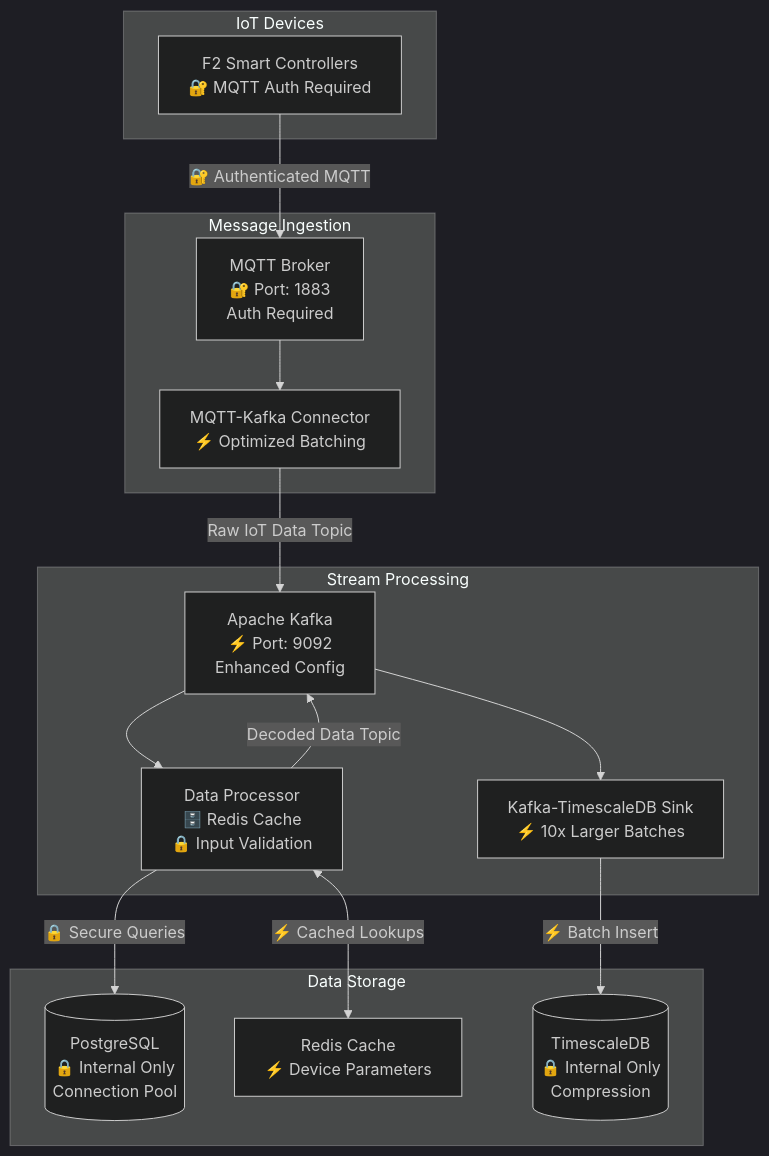
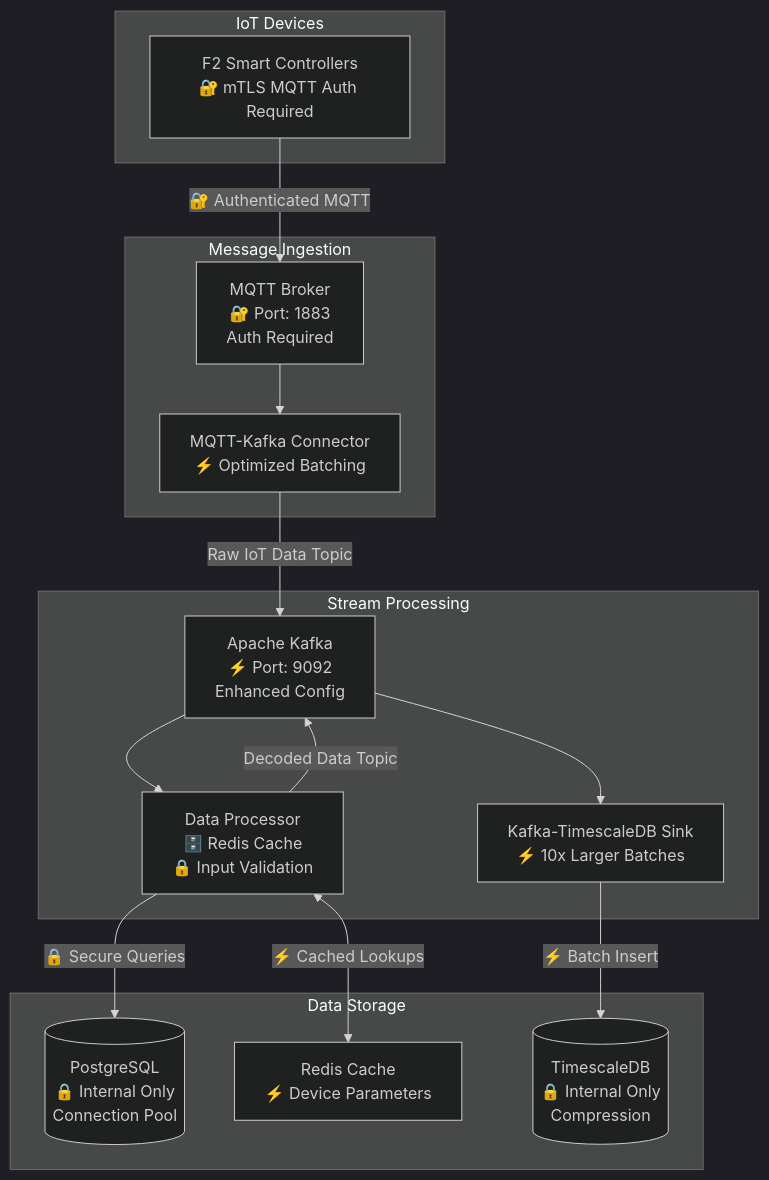
One commit to amoyavt/POC_MQTT changed the diagram in README.md. Above: the diagram before and after it, drawn with Mermaid (dark theme). The commit also changed 5 other files, not shown here.

````diff
--- a/README.md
+++ b/README.md
@@ -23,36 +23,36 @@
 ```mermaid
 graph TB
     subgraph "IoT Devices"
-        A[F2 Smart Controllers<br/>🔐 MQTT Auth Required]
+        A[F2 Smart Controllers<br/>🔐 mTLS MQTT Auth Required]
     end
     
     subgraph "Message Ingestion"
         B[MQTT Broker<br/>🔐 Port: 1883<br/>Auth Required]
         C[MQTT-Kafka Connector<br/>⚡ Optimized Batching]
     end
     
     subgraph "Stream Processing"
         D[Apache Kafka<br/>⚡ Port: 9092<br/>Enhanced Config]
         E[Data Processor<br/>🗄️ Redis Cache<br/>🔒 Input Validation]
         F[Kafka-TimescaleDB Sink<br/>⚡ 10x Larger Batches]
     end
     
     subgraph "Data Storage"
         G[(PostgreSQL<br/>🔒 Internal Only<br/>Connection Pool)]
         R[Redis Cache<br/>⚡ Device Parameters]
         H[(TimescaleDB<br/>🔒 Internal Only<br/>Compression)]
     end
     
     A -->|🔐 Authenticated MQTT| B
     B --> C
     C -->|Raw IoT Data Topic| D
     D --> E
     E <-->|⚡ Cached Lookups| R
     E -->|🔒 Secure Queries| G
     E -->|Decoded Data Topic| D
     D --> F
     F -->|⚡ Batch Insert| H
     
     class A,B,E,G,H security
     class C,D,F,R performance
 ```
````
